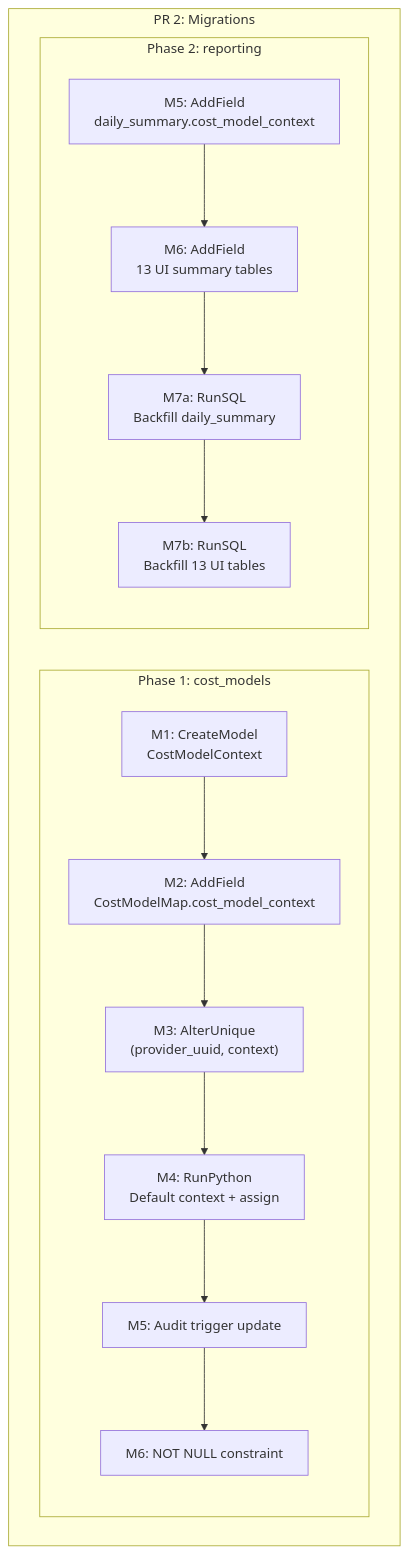
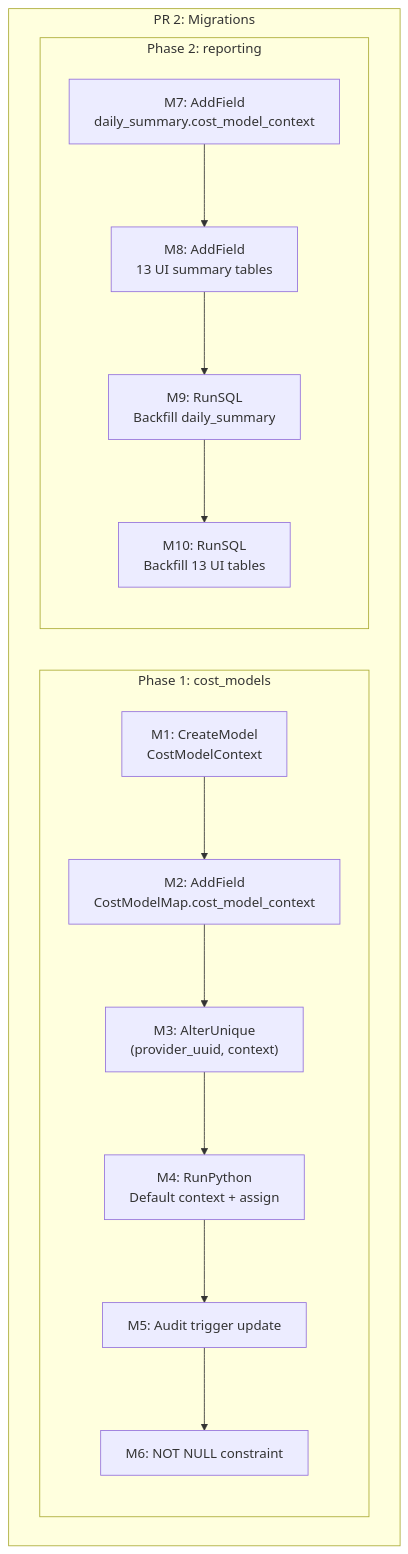
One commit to project-koku/koku changed the third of 3 diagrams in docs/architecture/consumer-provider-cost-models/phased-delivery.md. Above: the diagram before and after it, drawn with Mermaid. The commit also changed other lines of this file and 3 other files, not shown here.

````diff
--- a/docs/architecture/consumer-provider-cost-models/phased-delivery.md
+++ b/docs/architecture/consumer-provider-cost-models/phased-delivery.md
@@ -430,17 +430,17 @@
 ```mermaid
 flowchart TD
     subgraph PR2 [PR 2: Migrations]
         subgraph Phase1 [Phase 1: cost_models]
             M1["M1: CreateModel\nCostModelContext"] --> M2["M2: AddField\nCostModelMap.cost_model_context"]
             M2 --> M3["M3: AlterUnique\n(provider_uuid, context)"]
             M3 --> M4["M4: RunPython\nDefault context + assign"]
-            M4 --> M5a["M5: Audit trigger update"]
-            M5a --> M6a["M6: NOT NULL constraint"]
+            M4 --> M5["M5: Audit trigger update"]
+            M5 --> M6["M6: NOT NULL constraint"]
         end
         subgraph Phase2 [Phase 2: reporting]
-            M5["M5: AddField\ndaily_summary.cost_model_context"] --> M6["M6: AddField\n13 UI summary tables"]
-            M6 --> M7a["M7a: RunSQL\nBackfill daily_summary"]
-            M7a --> M7b["M7b: RunSQL\nBackfill 13 UI tables"]
+            M7["M7: AddField\ndaily_summary.cost_model_context"] --> M8["M8: AddField\n13 UI summary tables"]
+            M8 --> M9["M9: RunSQL\nBackfill daily_summary"]
+            M9 --> M10["M10: RunSQL\nBackfill 13 UI tables"]
         end
     end
 ```
````
